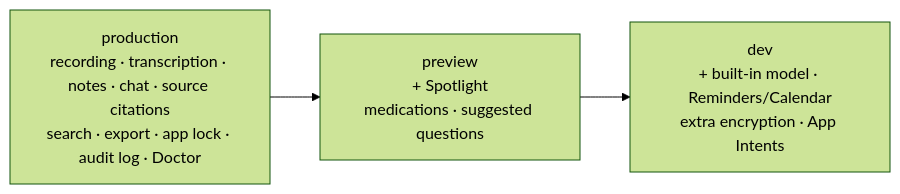
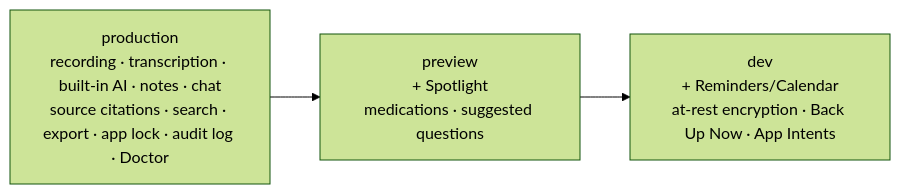
The second of 3 diagrams in README.md (mgwedd/aletheia), drawn with Mermaid (forest theme) before and after one commit. The commit also changed other lines of this file and 41 other files, not shown here.

````diff
--- a/README.md
+++ b/README.md
@@ -169,7 +171,7 @@
 ```mermaid
 flowchart LR
-  P["production<br/>recording · transcription · notes · chat · source citations<br/>search · export · app lock · audit log · Doctor"]
+  P["production<br/>recording · transcription · built-in AI · notes · chat<br/>source citations · search · export · app lock · audit log · Doctor"]
   V["preview<br/>+ Spotlight<br/>medications · suggested questions"]
-  D["dev<br/>+ built-in model · Reminders/Calendar<br/>extra encryption · App Intents"]
+  D["dev<br/>+ Reminders/Calendar<br/>at-rest encryption · Back Up Now · App Intents"]
   P --> V --> D
 ```
````
